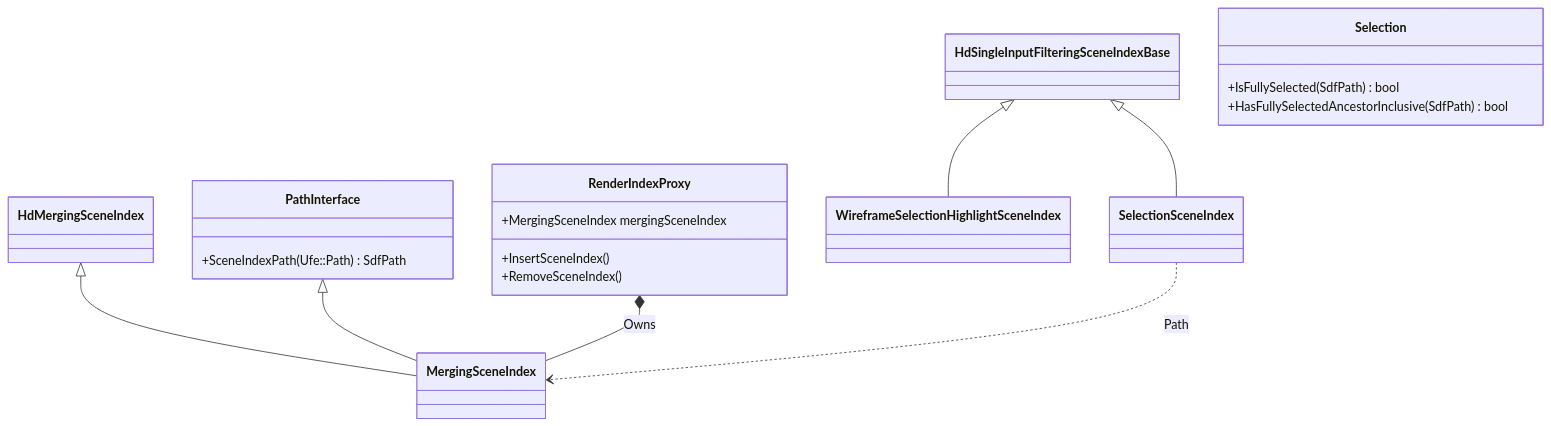
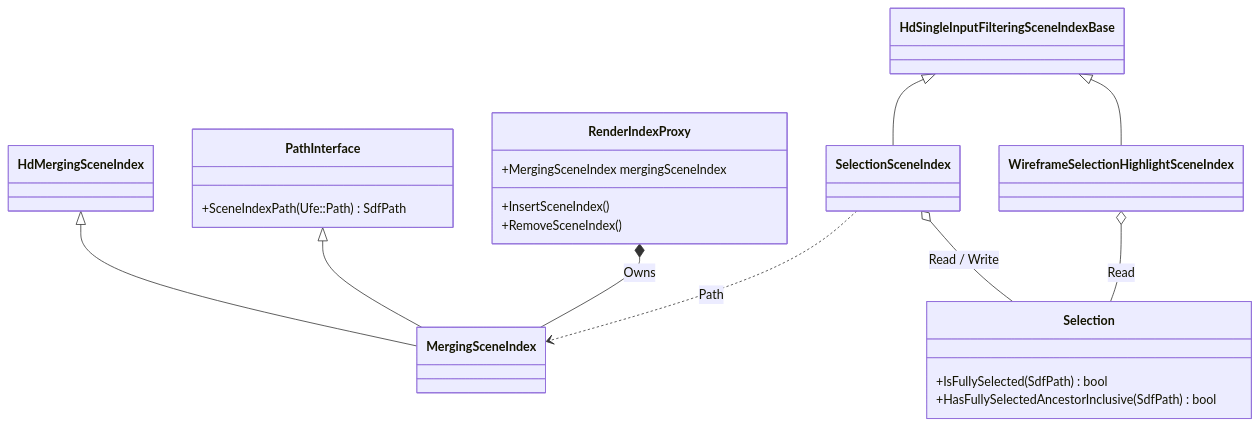
The second of 2 diagrams in doc/selectionHighlightingArchitecture.md (Autodesk/maya-hydra), drawn with Mermaid before and after one commit. The commit also changed other lines of this file and 1 other file, not shown here.

````diff
--- a/doc/selectionHighlightingArchitecture.md
+++ b/doc/selectionHighlightingArchitecture.md
@@ -305,35 +306,39 @@
 ```mermaid
 classDiagram
 class HdSingleInputFilteringSceneIndexBase
 class HdMergingSceneIndex
 
 class Selection{
 +IsFullySelected(SdfPath) bool
 +HasFullySelectedAncestorInclusive(SdfPath) bool
 }
 
 class PathInterface{
 +SceneIndexPath(Ufe::Path) SdfPath
 }
 
 class SelectionSceneIndex
 class MergingSceneIndex
 class WireframeSelectionHighlightSceneIndex
 
 class RenderIndexProxy{
 +MergingSceneIndex mergingSceneIndex
 +InsertSceneIndex()
 +RemoveSceneIndex()
 }
 
 HdSingleInputFilteringSceneIndexBase <|-- SelectionSceneIndex
 
 HdMergingSceneIndex <|-- MergingSceneIndex
 PathInterface       <|-- MergingSceneIndex
 
 HdSingleInputFilteringSceneIndexBase <|-- WireframeSelectionHighlightSceneIndex
 
 RenderIndexProxy *-- MergingSceneIndex : Owns
 
 SelectionSceneIndex ..> MergingSceneIndex : Path
+
+SelectionSceneIndex o-- Selection : Read / Write
+
+WireframeSelectionHighlightSceneIndex o-- Selection : Read
 ```
````
